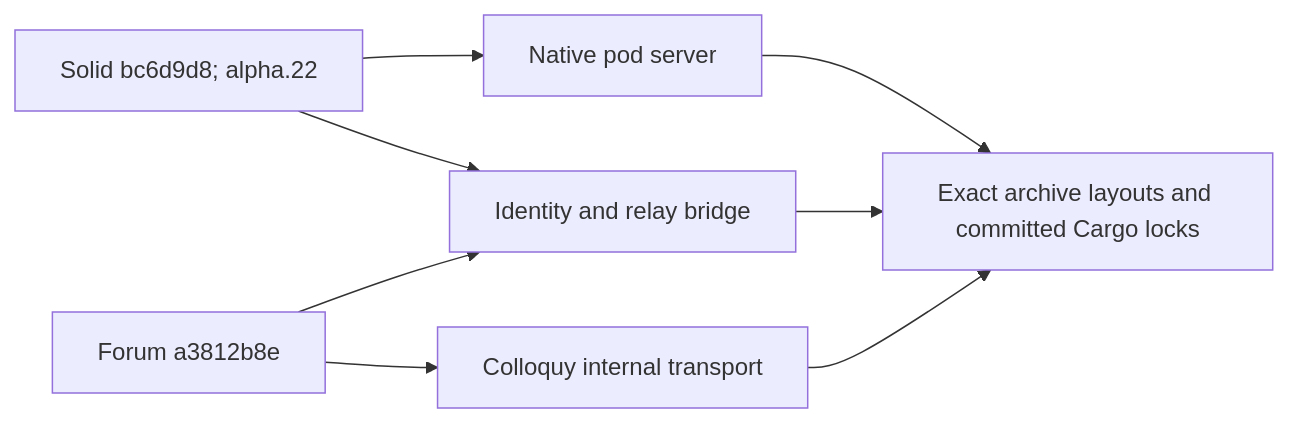
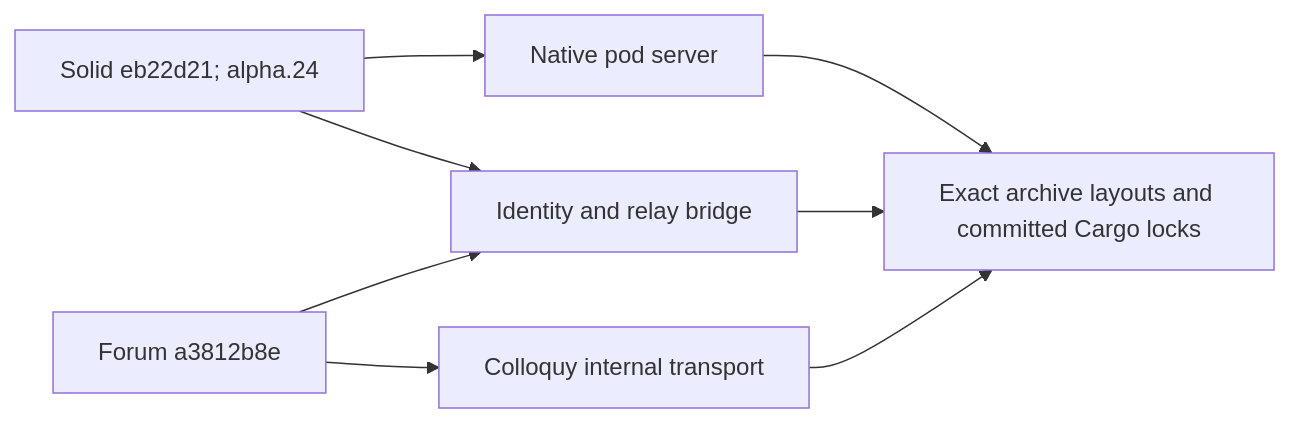
The second of 3 diagrams in docs/diagrams/agentbox/42-custody-callers-and-consumer-pins.md (DreamLab-AI/VisionFlow), drawn with Mermaid before and after one commit. The commit also changed other lines of this file and 7 other files, not shown here.

First line of the commit message:
diagrams(agentbox): re-verify AB-36..AB-43 at agentbox 59b1aca

````diff
--- a/docs/diagrams/agentbox/42-custody-callers-and-consumer-pins.md
+++ b/docs/diagrams/agentbox/42-custody-callers-and-consumer-pins.md
@@ -58,14 +58,14 @@
 ```mermaid
 flowchart LR
-    %% Source: ../project/agentbox/lib/solid-pod-rs.nix:69
-    S["Solid bc6d9d8; alpha.22"] --> Server["Native pod server"]
-    %% Source: ../project/agentbox/lib/nostr-pod-bridge.nix:65
+    %% Source: ../project/agentbox/lib/solid-pod-rs.nix:66,72
+    S["Solid eb22d21; alpha.24"] --> Server["Native pod server"]
+    %% Source: ../project/agentbox/lib/nostr-pod-bridge.nix:67
     S --> Bridge["Identity and relay bridge"]
     %% Source: ../project/agentbox/lib/nostr-pod-bridge.nix:50
     F["Forum a3812b8e"] --> Bridge
     %% Source: ../project/agentbox/lib/colloquy.nix:46
     F --> C["Colloquy internal transport"]
     Bridge --> Gate["Exact archive layouts and committed Cargo locks"]
     C --> Gate
     Server --> Gate
 ```
````
